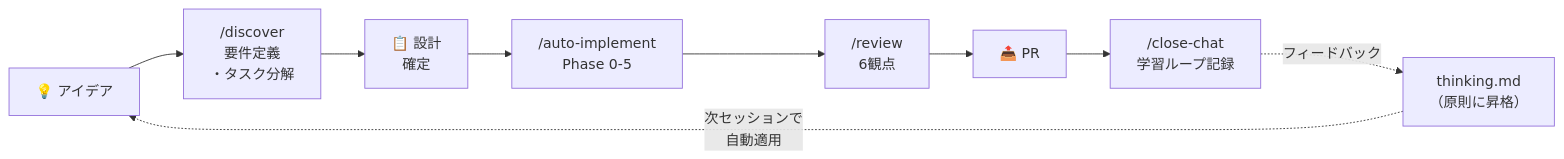
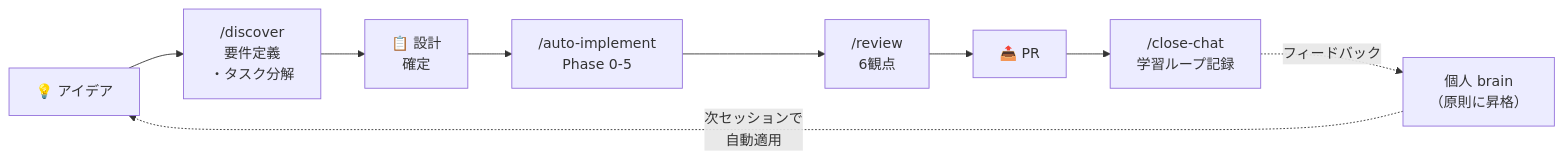
The fourth of 5 diagrams in README.ja.md (SideMountain/claude-code-sidekick), drawn with Mermaid before and after one commit. The commit also changed other lines of this file and 1 other file, not shown here.

````diff
--- a/README.ja.md
+++ b/README.ja.md
@@ -275,11 +249,11 @@
 ```mermaid
 flowchart LR
     Idea["💡 アイデア"] --> D["/discover<br/>要件定義<br/>・タスク分解"]
     D --> Design["📋 設計<br/>確定"]
     Design --> AI["/auto-implement<br/>Phase 0-5"]
     AI --> R["/review<br/>6観点"]
     R --> PR["📤 PR"]
     PR --> CC["/close-chat<br/>学習ループ記録"]
-    CC -.->|"フィードバック"| TH["thinking.md<br/>（原則に昇格）"]
+    CC -.->|"フィードバック"| TH["個人 brain<br/>（原則に昇格）"]
     TH -.->|"次セッションで<br/>自動適用"| Idea
 ```
````
